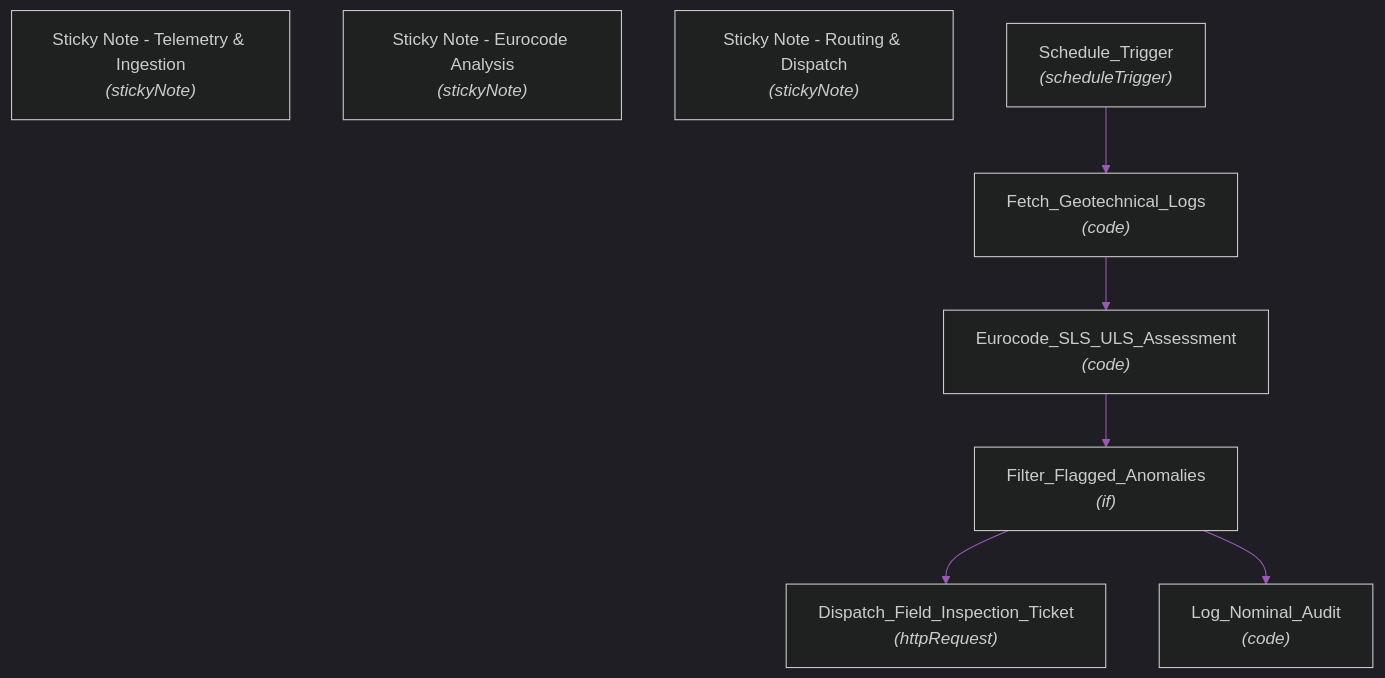
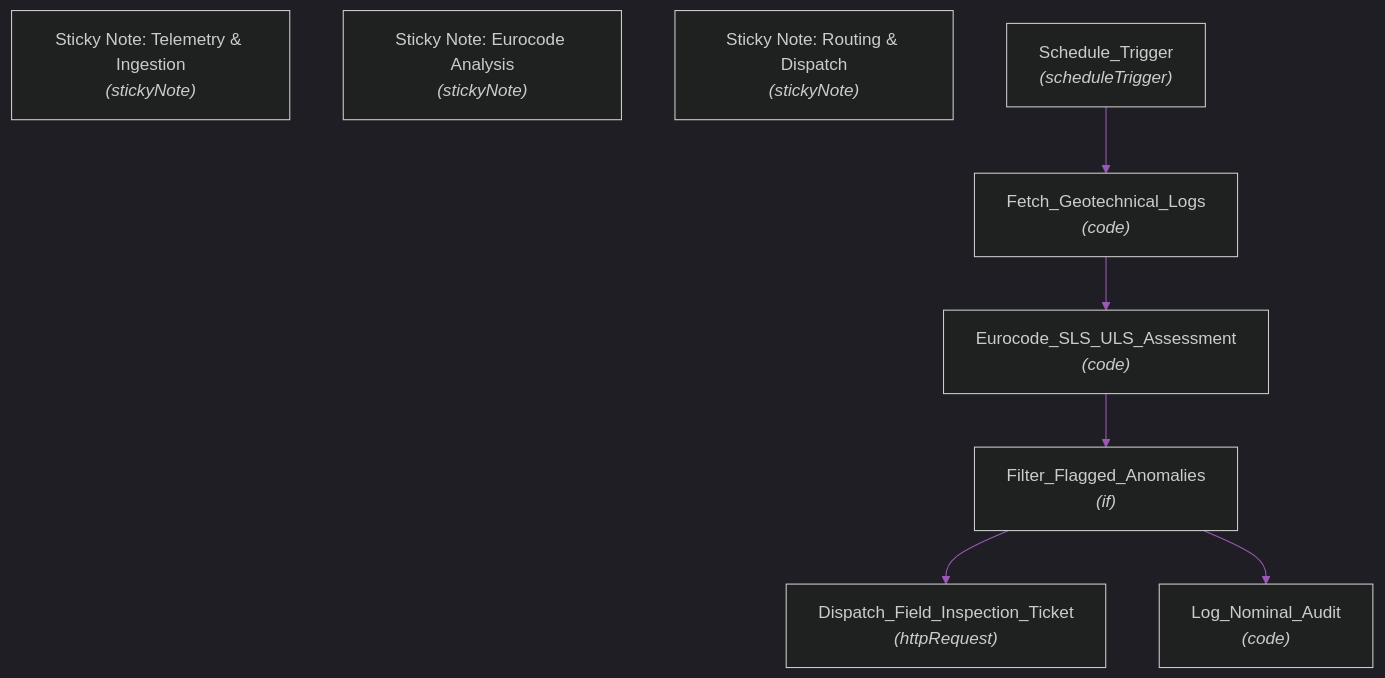
One commit to abderrahman-ai/structural-health-monitoring-crack-detection changed the diagram in README.md. Above: the diagram before and after it, drawn with Mermaid. The commit also changed other lines of this file, not shown here.

````diff
--- a/README.md
+++ b/README.md
@@ -62,18 +62,18 @@
 ```mermaid
 %%{init: {'theme': 'dark', 'themeVariables': {'primaryColor': '#1a1a2e', 'primaryTextColor': '#e0e0e0', 'primaryBorderColor': '#9B59B6', 'lineColor': '#9B59B6', 'secondaryColor': '#16213e', 'edgeLabelBackground': '#0d0d0d', 'clusterBkg': '#0d0d0d'}}}%%
 graph TD
-    Sticky_Note_Telemetry_Ingestion["Sticky Note - Telemetry & Ingestion<br/><i>(stickyNote)</i>"]
-    Sticky_Note_Eurocode_Analysis["Sticky Note - Eurocode Analysis<br/><i>(stickyNote)</i>"]
-    Sticky_Note_Routing_Dispatch["Sticky Note - Routing & Dispatch<br/><i>(stickyNote)</i>"]
+    Sticky_Note_Telemetry_Ingestion["Sticky Note: Telemetry & Ingestion<br/><i>(stickyNote)</i>"]
+    Sticky_Note_Eurocode_Analysis["Sticky Note: Eurocode Analysis<br/><i>(stickyNote)</i>"]
+    Sticky_Note_Routing_Dispatch["Sticky Note: Routing & Dispatch<br/><i>(stickyNote)</i>"]
     Schedule_Trigger["Schedule_Trigger<br/><i>(scheduleTrigger)</i>"]
     Fetch_Geotechnical_Logs["Fetch_Geotechnical_Logs<br/><i>(code)</i>"]
     Eurocode_SLS_ULS_Assessment["Eurocode_SLS_ULS_Assessment<br/><i>(code)</i>"]
     Filter_Flagged_Anomalies["Filter_Flagged_Anomalies<br/><i>(if)</i>"]
     Dispatch_Field_Inspection_Ticket["Dispatch_Field_Inspection_Ticket<br/><i>(httpRequest)</i>"]
     Log_Nominal_Audit["Log_Nominal_Audit<br/><i>(code)</i>"]
     Eurocode_SLS_ULS_Assessment --> Filter_Flagged_Anomalies
     Fetch_Geotechnical_Logs --> Eurocode_SLS_ULS_Assessment
     Filter_Flagged_Anomalies --> Dispatch_Field_Inspection_Ticket
     Filter_Flagged_Anomalies --> Log_Nominal_Audit
     Schedule_Trigger --> Fetch_Geotechnical_Logs
 ```
````
